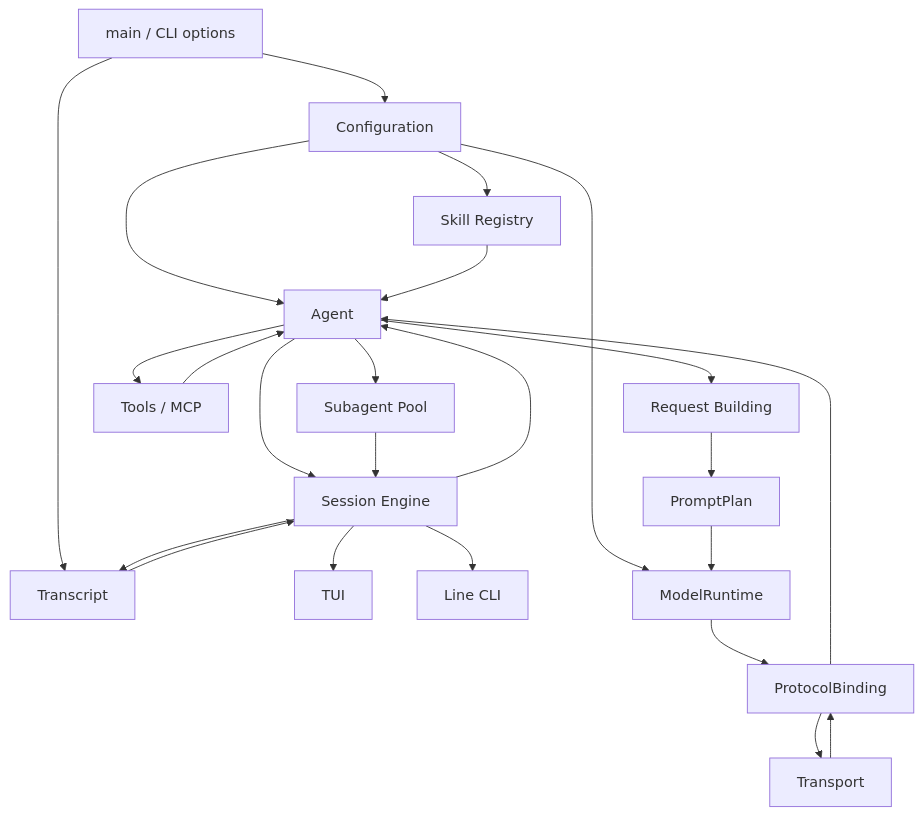
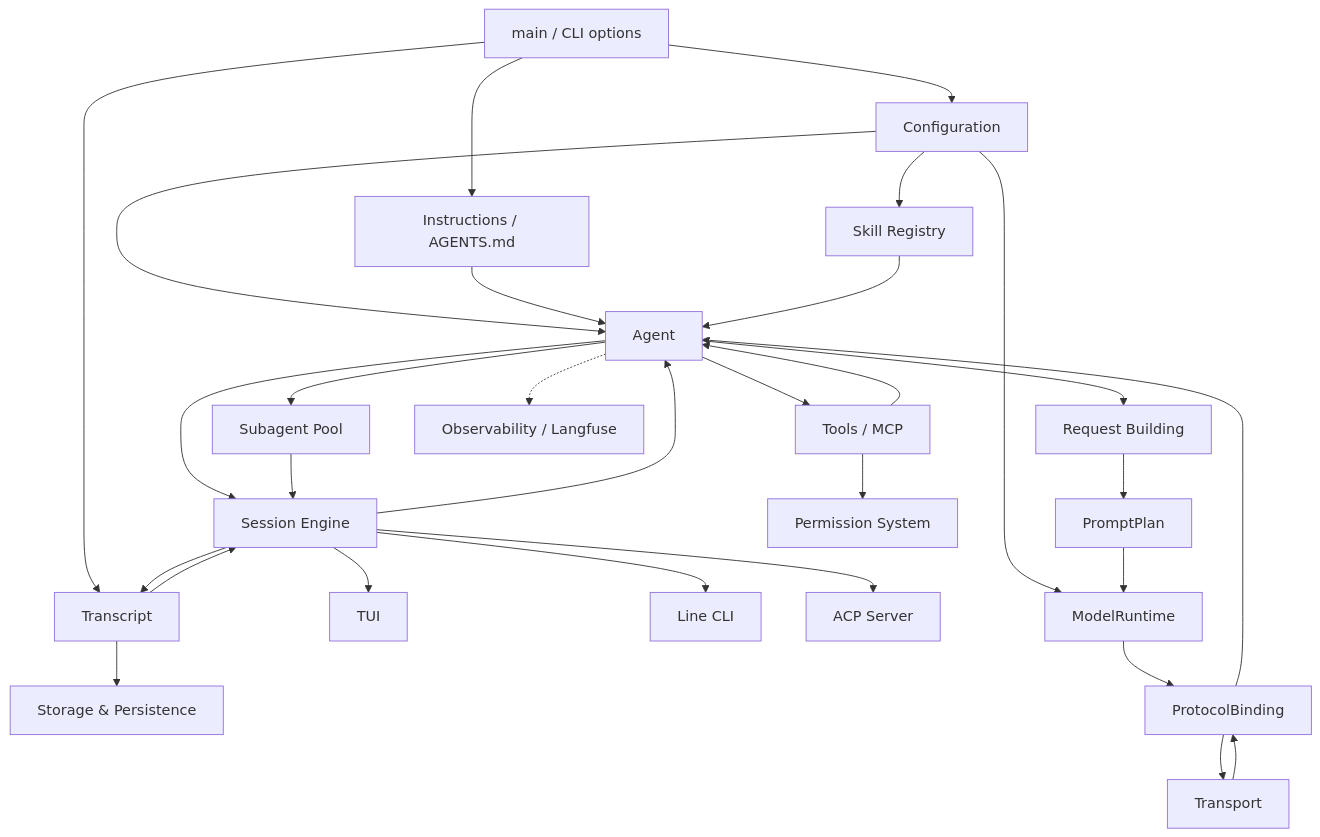
Before and after one commit to letr007/letcode: the first of 2 diagrams in docs/index.md, drawn with Mermaid. The commit also changed other lines of this file and 20 other files, not shown here.

````diff
--- a/docs/index.md
+++ b/docs/index.md
@@ -7,42 +7,53 @@
 ```mermaid
 flowchart TD
     Main["main / CLI options"]
     Config["Configuration"]
+    Instructions["Instructions / AGENTS.md"]
     Skills["Skill Registry"]
     Agent["Agent"]
     Transcript["Transcript"]
+    Storage["Storage & Persistence"]
     Session["Session Engine"]
     TUI["TUI"]
     CLI["Line CLI"]
+    ACP["ACP Server"]
     Request["Request Building"]
     Runtime["ModelRuntime"]
     Binding["ProtocolBinding"]
     Transport["Transport"]
     PromptPlan["PromptPlan"]
     Tools["Tools / MCP"]
+    Permission["Permission System"]
     Subagents["Subagent Pool"]
+    Observability["Observability / Langfuse"]
 
     Main --> Config
+    Main --> Instructions
     Config --> Agent
+    Instructions --> Agent
     Config --> Runtime
     Config --> Skills
     Skills --> Agent
     Main --> Transcript
     Agent --> Session
     Transcript --> Session
+    Transcript --> Storage
     Session --> TUI
     Session --> CLI
+    Session --> ACP
     Session --> Agent
     Agent --> Request
     Request --> PromptPlan
     PromptPlan --> Runtime
     Runtime --> Binding
     Binding --> Transport
     Transport --> Binding
     Binding --> Agent
     Agent --> Tools
+    Tools --> Permission
     Agent --> Subagents
     Tools --> Agent
     Subagents --> Session
     Session --> Transcript
+    Agent -.-> Observability
 ```
````
